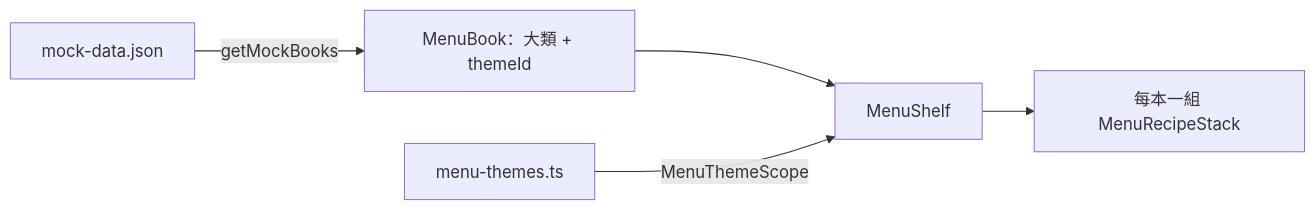
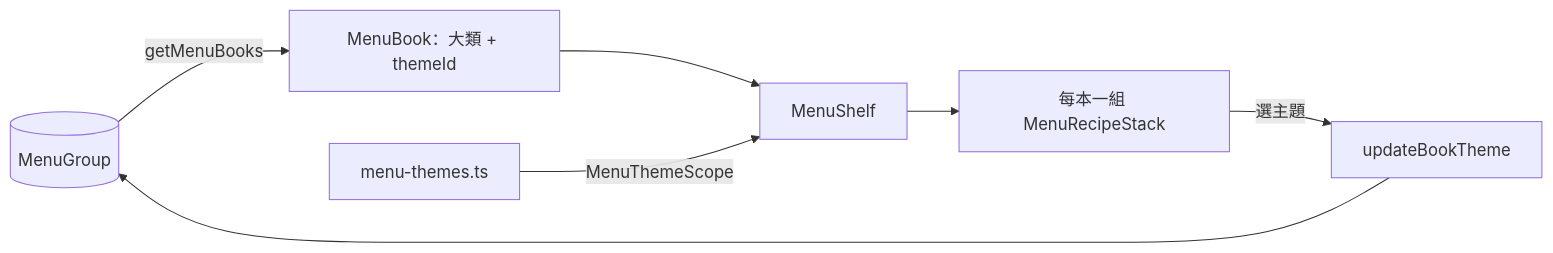
Before and after one commit to piercelin11/epifolio: the first of 2 diagrams in docs/features/menu-shelf.md, drawn with Mermaid. The commit also changed other lines of this file and 9 other files, not shown here.

````diff
--- a/docs/features/menu-shelf.md
+++ b/docs/features/menu-shelf.md
@@ -22,7 +23,9 @@
 ```mermaid
 flowchart LR
-    JSON[mock-data.json] -->|getMockBooks| BOOKS[MenuBook：大類 + themeId]
+    DB[(MenuGroup)] -->|getMenuBooks| BOOKS[MenuBook：大類 + themeId]
     BOOKS --> SHELF[MenuShelf]
     THEMES[menu-themes.ts] -->|MenuThemeScope| SHELF
     SHELF --> STACK[每本一組 MenuRecipeStack]
+    STACK -->|選主題| ACTION[updateBookTheme]
+    ACTION --> DB
 ```
````
